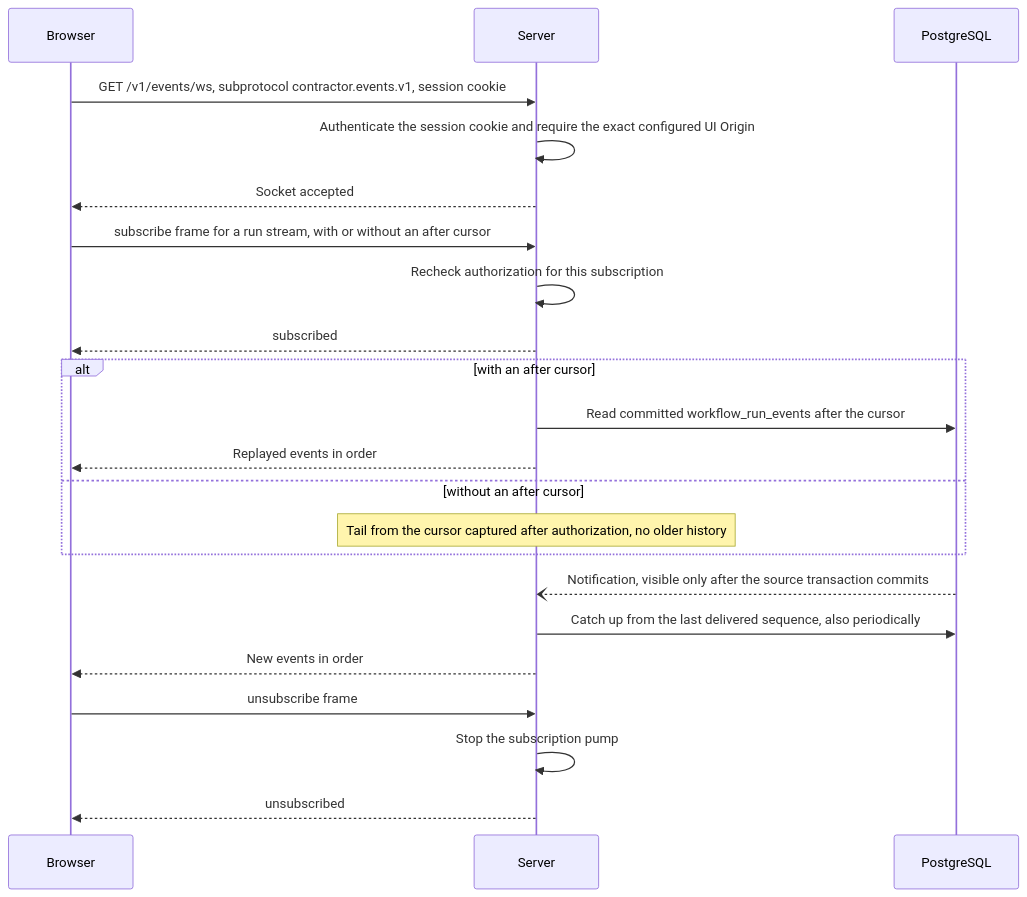
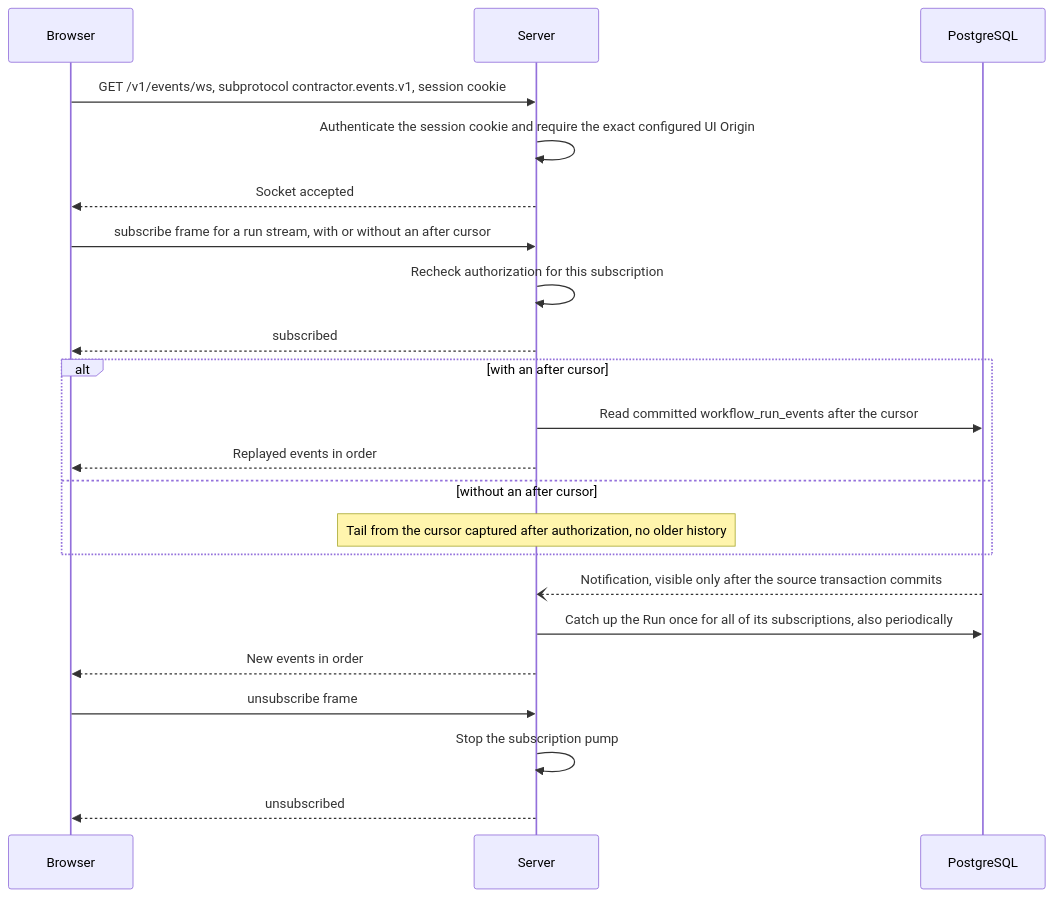
The second of 3 diagrams in docs/spec/api/public-api.md (grauwolf32/contractor), drawn with Mermaid before and after one commit. The commit also changed other lines of this file and 10 other files, not shown here.

````diff
--- a/docs/spec/api/public-api.md
+++ b/docs/spec/api/public-api.md
@@ -104,24 +104,24 @@
 ```mermaid
 sequenceDiagram
     participant C as Browser
     participant S as Server
     participant DB as PostgreSQL
     C->>S: GET /v1/events/ws, subprotocol contractor.events.v1, session cookie
     S->>S: Authenticate the session cookie and require the exact configured UI Origin
     S-->>C: Socket accepted
     C->>S: subscribe frame for a run stream, with or without an after cursor
     S->>S: Recheck authorization for this subscription
     S-->>C: subscribed
     alt with an after cursor
         S->>DB: Read committed workflow_run_events after the cursor
         S-->>C: Replayed events in order
     else without an after cursor
         Note over S: Tail from the cursor captured after authorization, no older history
     end
     DB--)S: Notification, visible only after the source transaction commits
-    S->>DB: Catch up from the last delivered sequence, also periodically
+    S->>DB: Catch up the Run once for all of its subscriptions, also periodically
     S-->>C: New events in order
     C->>S: unsubscribe frame
     S->>S: Stop the subscription pump
     S-->>C: unsubscribed
 ```
````
